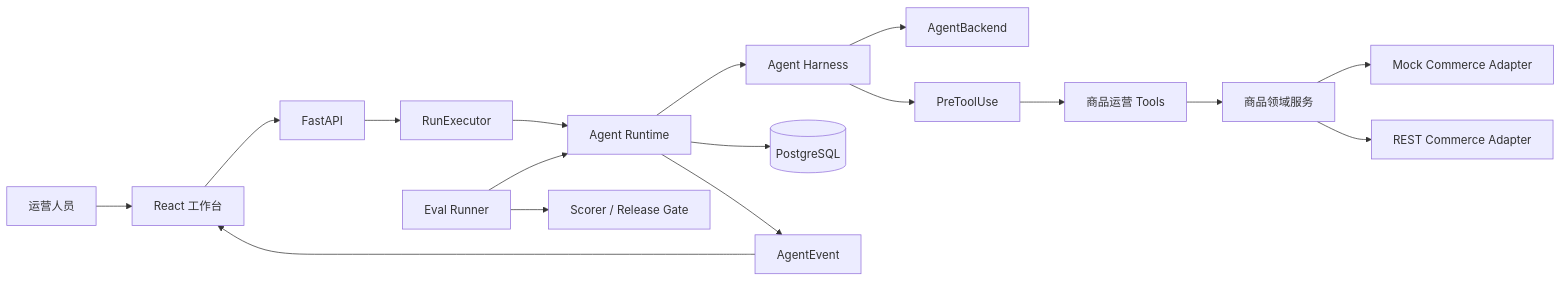
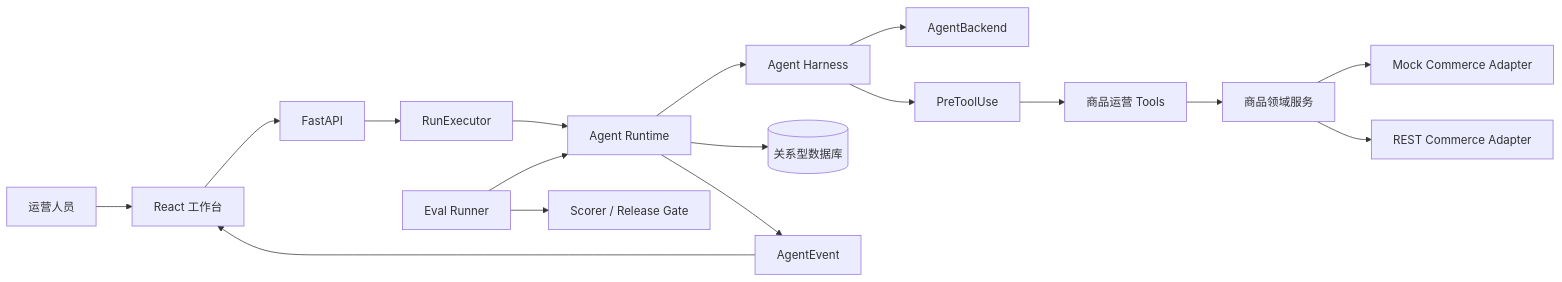
One commit to liluollk/EcomAgent changed the diagram in README.md. Above: the diagram before and after it, drawn with Mermaid. The commit also changed other lines of this file, not shown here.

````diff
--- a/README.md
+++ b/README.md
@@ -76,23 +75,23 @@
 ```mermaid
 flowchart LR
     U[运营人员] --> W[React 工作台]
     W --> A[FastAPI]
     A --> E[RunExecutor]
     E --> R[Agent Runtime]
 
     R --> H[Agent Harness]
     H --> B[AgentBackend]
     H --> P[PreToolUse]
     P --> T[商品运营 Tools]
 
     T --> C[商品领域服务]
     C --> M[Mock Commerce Adapter]
     C --> X[REST Commerce Adapter]
 
-    R --> D[(PostgreSQL)]
+    R --> D[(关系型数据库)]
     R --> V[AgentEvent]
     V --> W
 
     Q[Eval Runner] --> R
     Q --> S[Scorer / Release Gate]
 ```
````
